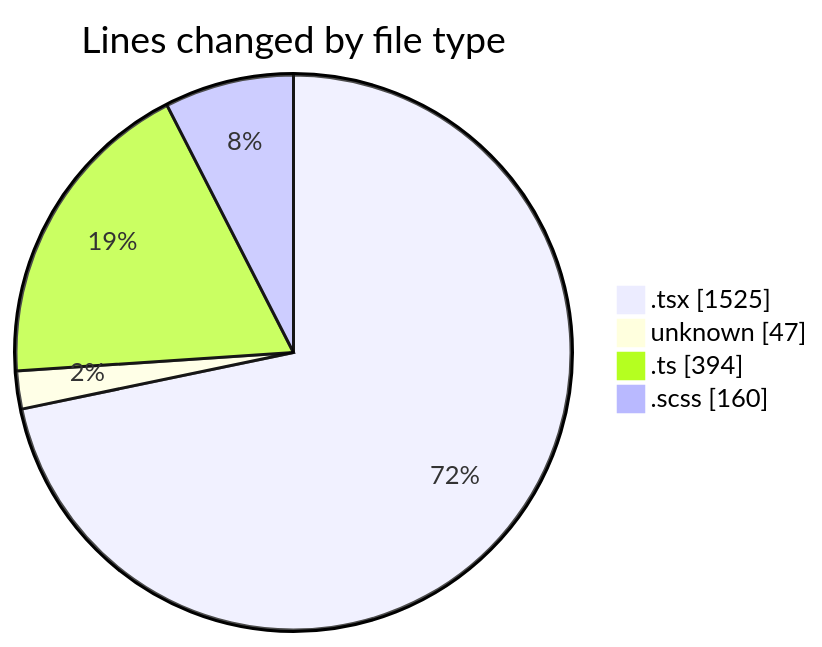
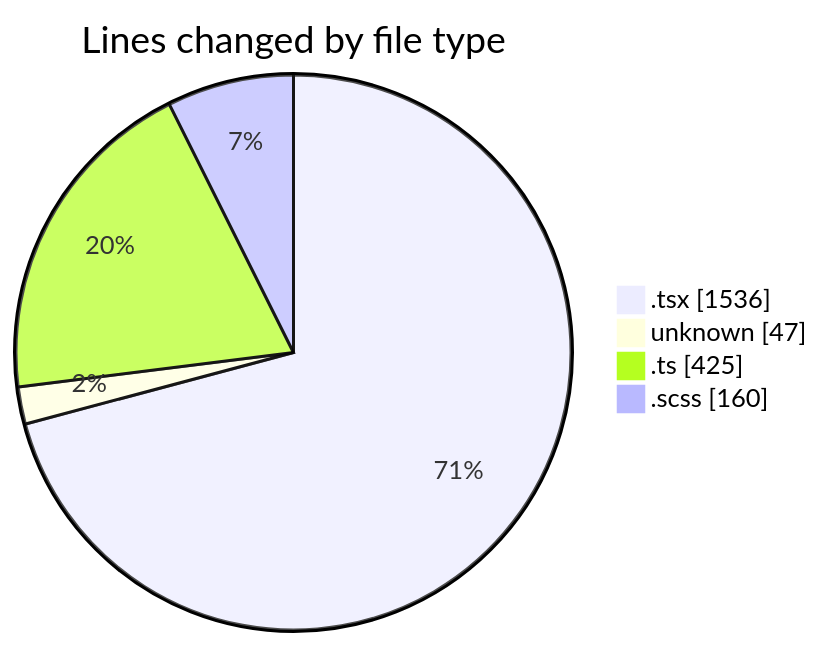
The first of 2 diagrams in 2025-09-18/cda/README.md (momahboobian/code-tracking), drawn with Mermaid before and after one commit. The commit also changed other lines of this file and 1 other file, not shown here.

````diff
--- a/2025-09-18/cda/README.md
+++ b/2025-09-18/cda/README.md
@@ -25,8 +25,8 @@
 ```mermaid
 pie showData
 title Lines changed by file type
-".tsx" : 1525
+".tsx" : 1536
 "unknown" : 47
-".ts" : 394
+".ts" : 425
 ".scss" : 160
 ```
````
